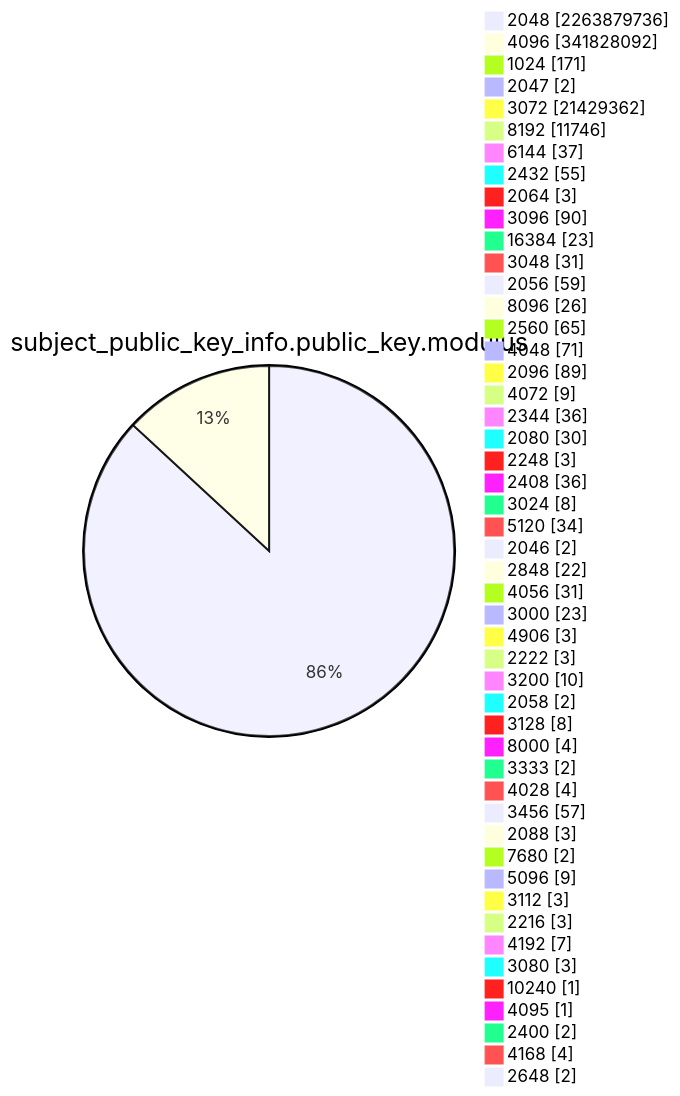
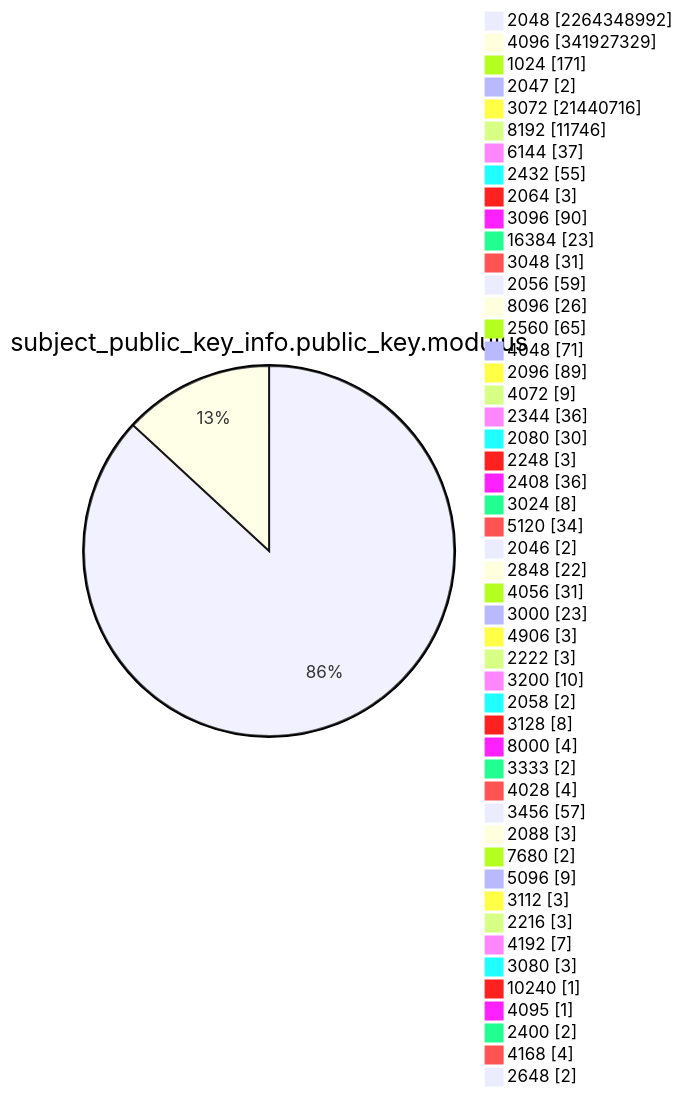
Diagram 13 of 15 in TOTAL/README.md (christiankrug/ctmonitor_visualization), drawn with Mermaid before and after one commit. The commit also changed other lines of this file, not shown here.

````diff
--- a/TOTAL/README.md
+++ b/TOTAL/README.md
@@ -4165,53 +4165,53 @@
 ```mermaid
 pie showData
 title subject_public_key_info.public_key.modulus
-"2048" :2263879736
-"4096" :341828092
+"2048" :2264348992
+"4096" :341927329
 "1024" :171
 "2047" :2
-"3072" :21429362
+"3072" :21440716
 "8192" :11746
 "6144" :37
 "2432" :55
 "2064" :3
 "3096" :90
 "16384" :23
 "3048" :31
 "2056" :59
 "8096" :26
 "2560" :65
 "4048" :71
 "2096" :89
 "4072" :9
 "2344" :36
 "2080" :30
 "2248" :3
 "2408" :36
 "3024" :8
 "5120" :34
 "2046" :2
 "2848" :22
 "4056" :31
 "3000" :23
 "4906" :3
 "2222" :3
 "3200" :10
 "2058" :2
 "3128" :8
 "8000" :4
 "3333" :2
 "4028" :4
 "3456" :57
 "2088" :3
 "7680" :2
 "5096" :9
 "3112" :3
 "2216" :3
 "4192" :7
 "3080" :3
 "10240" :1
 "4095" :1
 "2400" :2
 "4168" :4
 "2648" :2
 ```
````
